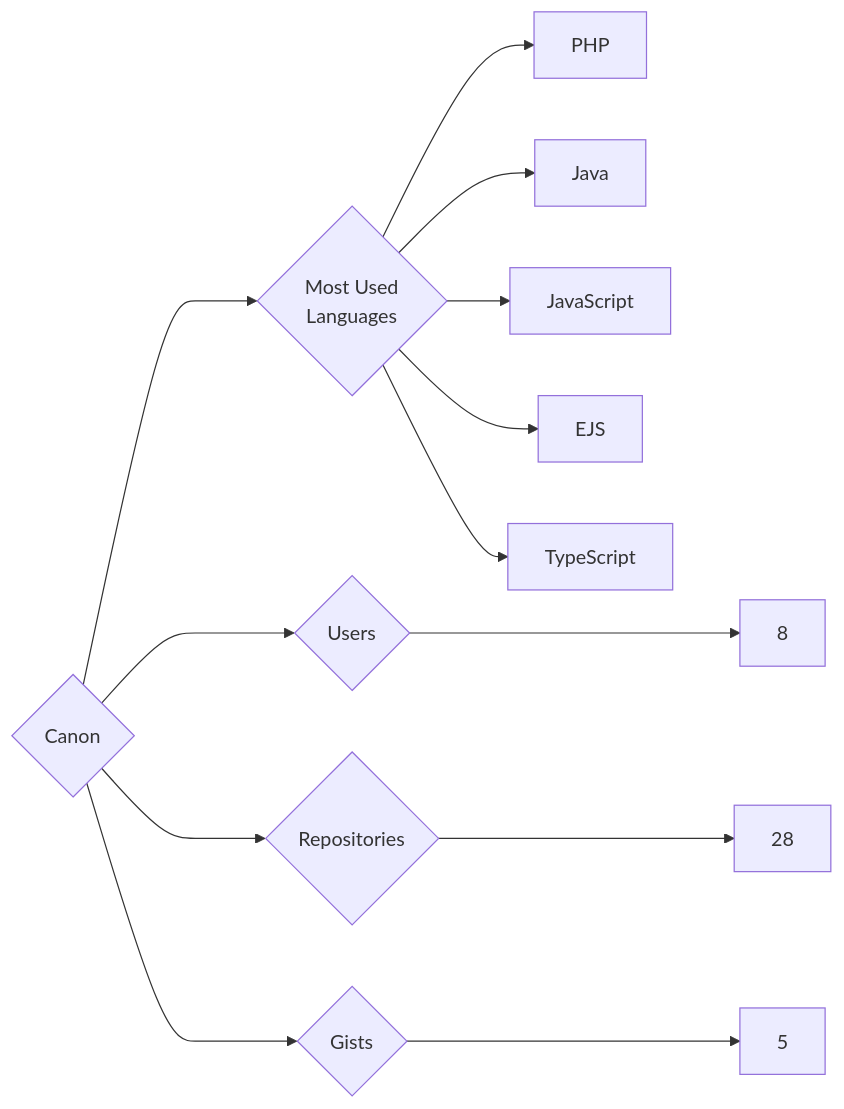
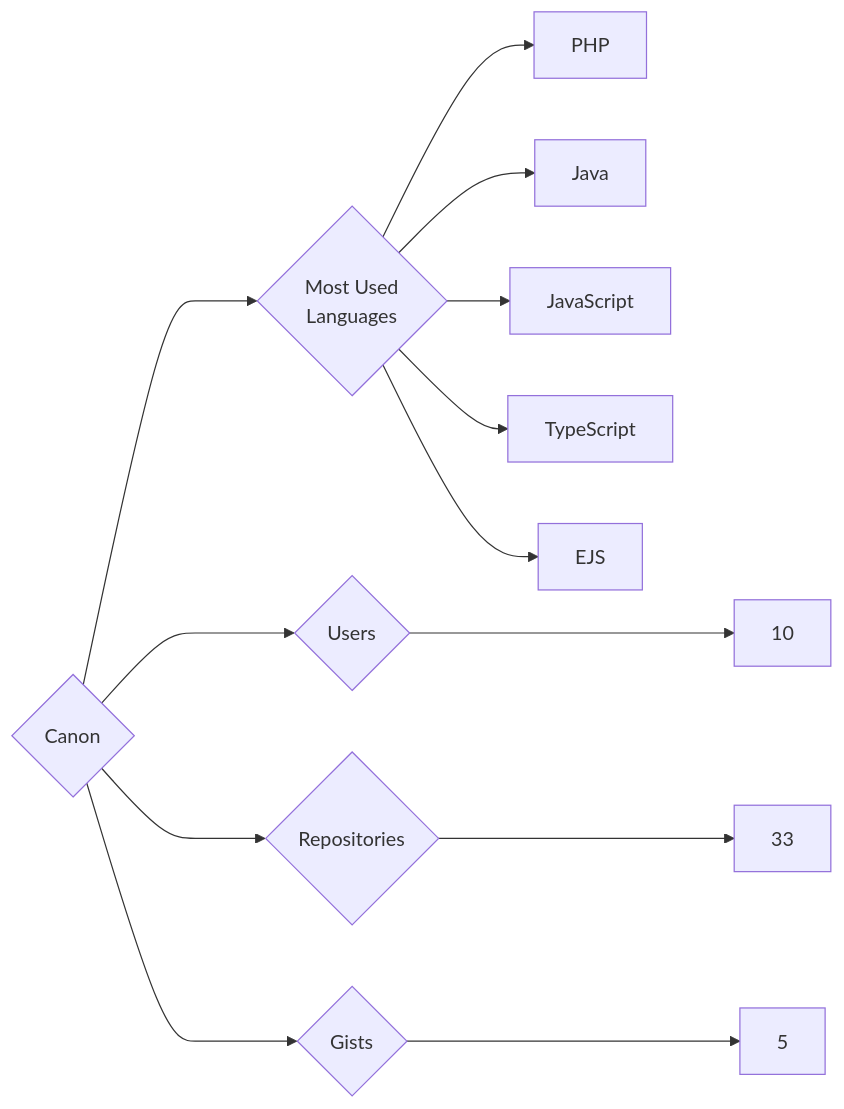
Before and after one commit to trickest/insiders: the diagram in targets/Canon/README.md, drawn with Mermaid. The commit also changed 721 other files, not shown here.

````diff
--- a/targets/Canon/README.md
+++ b/targets/Canon/README.md
@@ -3,13 +3,13 @@
 ```mermaid
 graph LR
 COMPANY_NAME{Canon}
-COMPANY_NAME ---> U{Users} ---> UN[8]
-COMPANY_NAME ---> R{Repositories} ---> RN[28]
+COMPANY_NAME ---> U{Users} ---> UN[10]
+COMPANY_NAME ---> R{Repositories} ---> RN[33]
 COMPANY_NAME ---> G{Gists} ---> GN[5]
 COMPANY_NAME ---> ML{Most Used<br>Languages}
 ML --> PHP[PHP]
 ML --> Java[Java]
 ML --> JavaScript[JavaScript]
+ML --> TypeScript[TypeScript]
 ML --> EJS[EJS]
-ML --> TypeScript[TypeScript]
 ```
````
